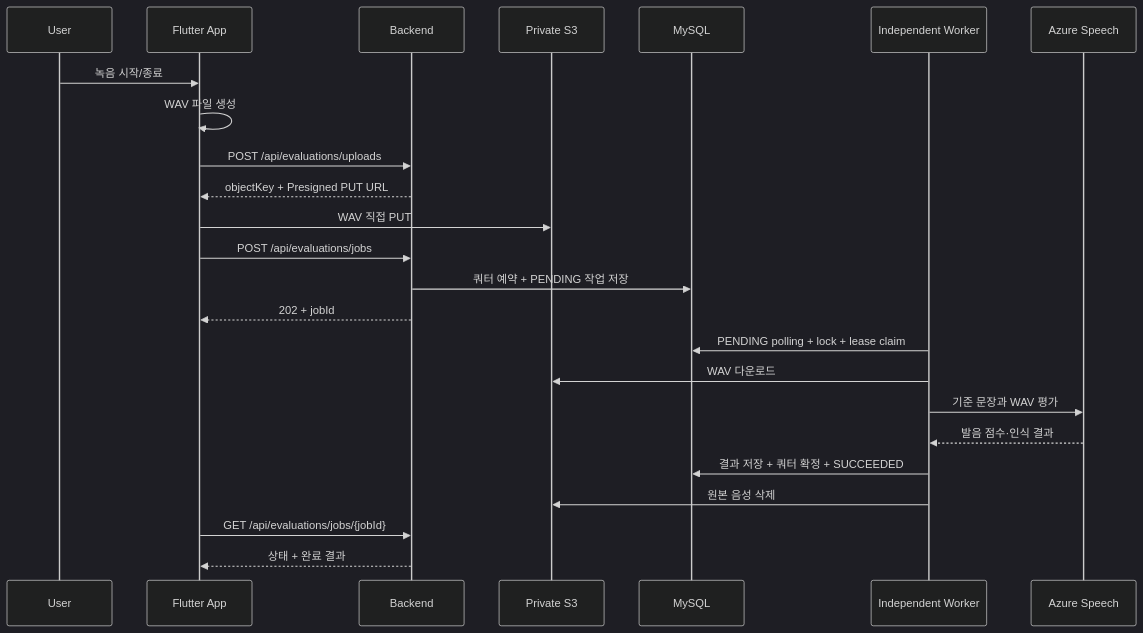
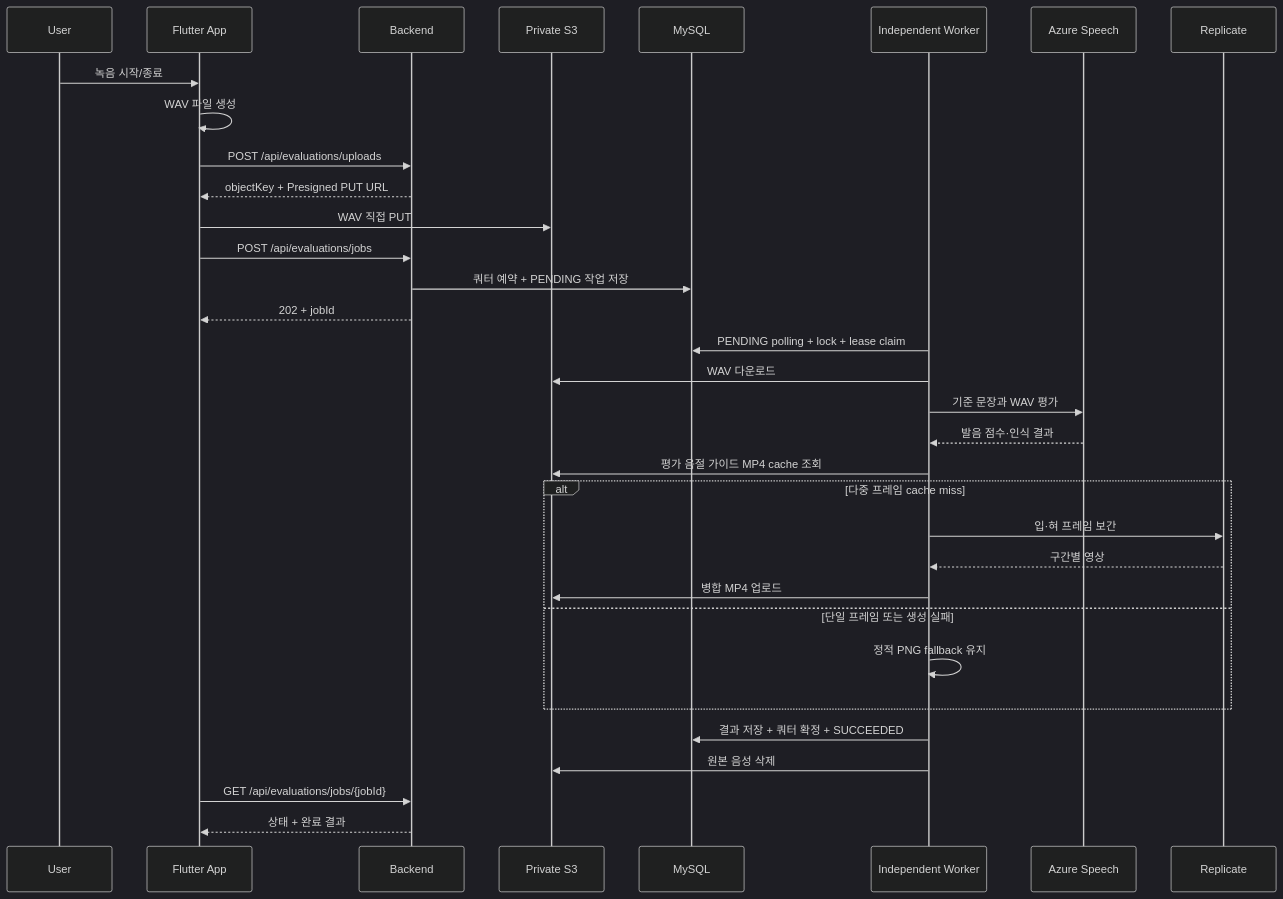
Before and after one commit to byeok99/LingKo: the second of 2 diagrams in docs/architecture/evaluation-flow.md, drawn with Mermaid (dark theme). The commit also changed other lines of this file and 97 other files, not shown here.

````diff
--- a/docs/architecture/evaluation-flow.md
+++ b/docs/architecture/evaluation-flow.md
@@ -27,27 +30,36 @@
 ```mermaid
 sequenceDiagram
     participant U as User
     participant A as Flutter App
     participant B as Backend
     participant S as Private S3
     participant D as MySQL
     participant W as Independent Worker
     participant Z as Azure Speech
+    participant R as Replicate
 
     U->>A: 녹음 시작/종료
     A->>A: WAV 파일 생성
     A->>B: POST /api/evaluations/uploads
     B-->>A: objectKey + Presigned PUT URL
     A->>S: WAV 직접 PUT
     A->>B: POST /api/evaluations/jobs
     B->>D: 쿼터 예약 + PENDING 작업 저장
     B-->>A: 202 + jobId
     W->>D: PENDING polling + lock + lease claim
     W->>S: WAV 다운로드
     W->>Z: 기준 문장과 WAV 평가
     Z-->>W: 발음 점수·인식 결과
+    W->>S: 평가 음절 가이드 MP4 cache 조회
+    alt 다중 프레임 cache miss
+        W->>R: 입·혀 프레임 보간
+        R-->>W: 구간별 영상
+        W->>S: 병합 MP4 업로드
+    else 단일 프레임 또는 생성 실패
+        W->>W: 정적 PNG fallback 유지
+    end
     W->>D: 결과 저장 + 쿼터 확정 + SUCCEEDED
     W->>S: 원본 음성 삭제
     A->>B: GET /api/evaluations/jobs/{jobId}
     B-->>A: 상태 + 완료 결과
 ```
````
